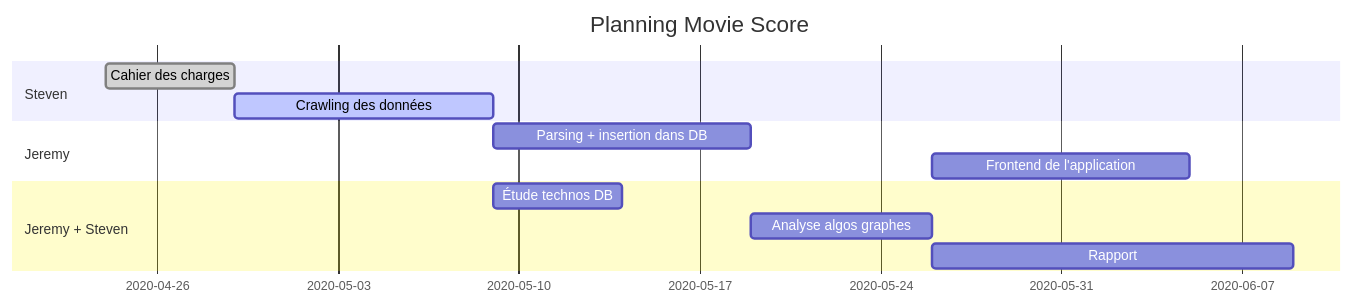
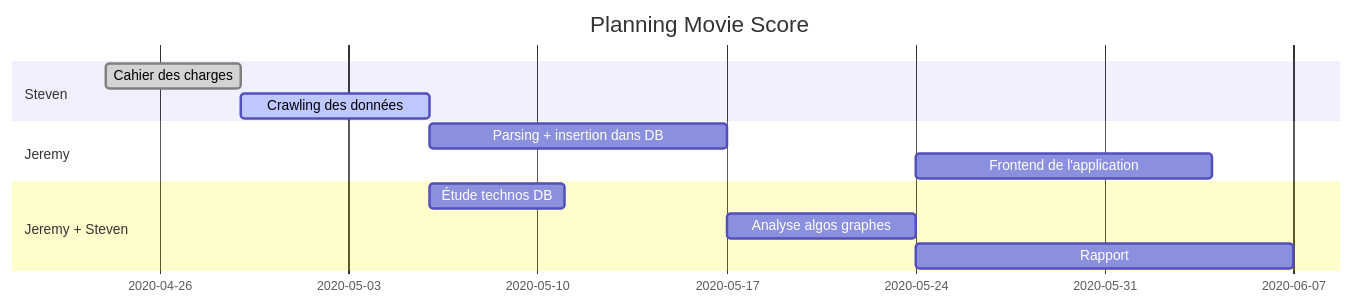
One commit to stevenliatti/MovieScore changed the diagram in report/planning.mmd. Above: the diagram before and after it, drawn with Mermaid. The commit also changed 3 other files, not shown here.

```diff
--- a/report/planning.mmd
+++ b/report/planning.mmd
@@ -1,16 +1,16 @@
 gantt
 dateFormat  DD-MM-YYYY
 title Planning Movie Score
 
 section Steven
 Cahier des charges          :done,    a1, 24-04-2020,29-04-2020
-Crawling des données        :active,  a2, after a1, 10d
+Crawling des données        :active,  a2, after a1, 7d
 
 section Jeremy
-Parsing + insertion dans DB :         a4, after a2, 10d
-Frontend de l'application   :         a6, after a5, 10d
+Parsing + insertion dans DB :         a4, after a2, 11d
+Frontend de l'application   :         a6, after a5, 11d
 
 section Jeremy + Steven
 Étude technos DB            :         a3, after a2, 5d
 Analyse algos graphes       :         a5, after a4, 7d
 Rapport                     :         a7, after a5, 2w
```
